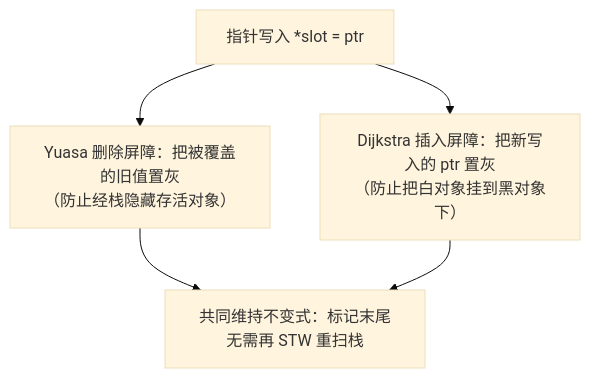
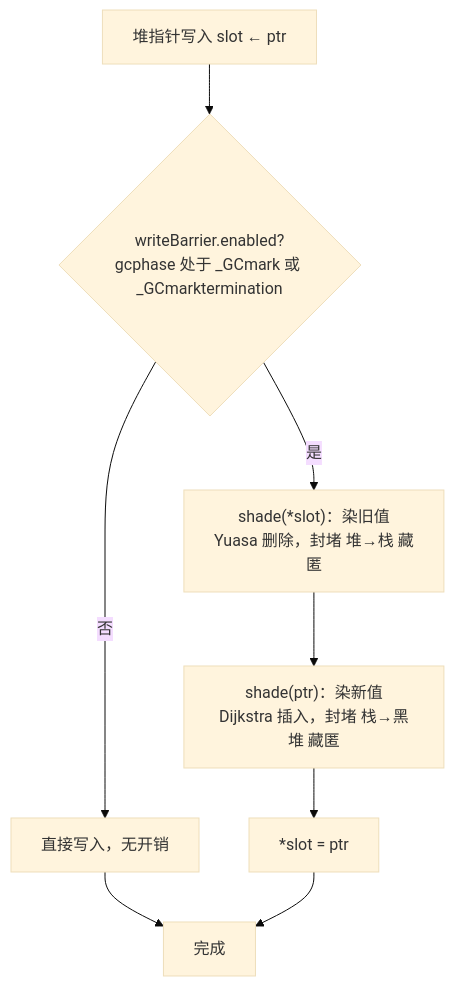
Before and after one commit to golang-design/under-the-hood: the second of 2 diagrams in book/zh-cn/part4memory/ch13gc/barrier.md, drawn with Mermaid (base theme). The commit also changed other lines of this file and 11 other files, not shown here.

````diff
--- a/book/zh-cn/part4memory/ch13gc/barrier.md
+++ b/book/zh-cn/part4memory/ch13gc/barrier.md
@@ -35,7 +174,10 @@
 ```mermaid
 flowchart TD
-    W["指针写入 *slot = ptr"] --> DEL["Yuasa 删除屏障：把被覆盖的旧值置灰<br/>（防止经栈隐藏存活对象）"]
-    W --> INS["Dijkstra 插入屏障：把新写入的 ptr 置灰<br/>（防止把白对象挂到黑对象下）"]
-    DEL --> INV["共同维持不变式：标记末尾无需再 STW 重扫栈"]
-    INS --> INV
+    W["堆指针写入 slot ← ptr"] --> EN{"writeBarrier.enabled?<br/>gcphase 处于 _GCmark 或 _GCmarktermination"}
+    EN -->|否| DIRECT["直接写入，无开销"]
+    EN -->|是| SHADE1["shade(*slot)：染旧值<br/>Yuasa 删除，封堵 堆→栈 藏匿"]
+    SHADE1 --> SHADE2["shade(ptr)：染新值<br/>Dijkstra 插入，封堵 栈→黑堆 藏匿"]
+    SHADE2 --> STORE["*slot = ptr"]
+    DIRECT --> DONE["完成"]
+    STORE --> DONE
 ```
````
